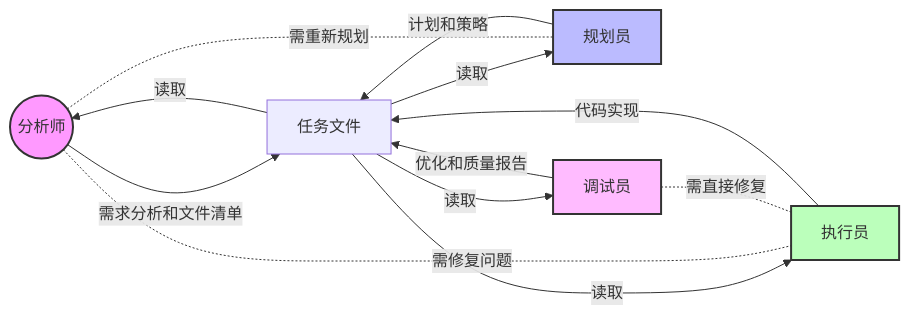
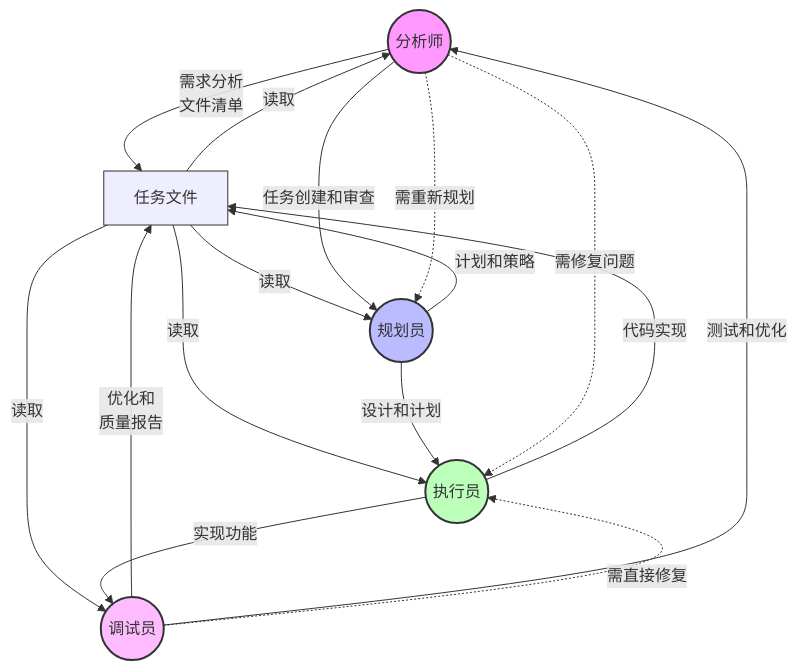
One commit to wanjochan/ai-coding changed the diagram in ai/tasker-v2.5.md. Above: the diagram before and after it, drawn with Mermaid.

Commit message:
improve diagram;

````diff
--- a/ai/tasker-v2.5.md
+++ b/ai/tasker-v2.5.md
@@ -429,21 +429,30 @@
 ```mermaid
-graph LR
+graph TB
+    %% 节点样式定义
     style A fill:#f9f,stroke:#333,stroke-width:2px
     style P fill:#bbf,stroke:#333,stroke-width:2px
     style E fill:#bfb,stroke:#333,stroke-width:2px
     style D fill:#fbf,stroke:#333,stroke-width:2px
+    style T fill:#eef,stroke:#333,stroke-width:1px
     
-    A((分析师)) --> |需求分析和文件清单| T[任务文件]
-    T --> |读取| P[规划员]
-    P --> |计划和策略| T
-    T --> |读取| E[执行员]
-    E --> |代码实现| T
-    T --> |读取| D[调试员]
-    D --> |优化和质量报告| T
-    T --> |读取| A
+    %% 主要角色节点
+    A((分析师)) -->|需求分析<br>文件清单| T[任务文件]
+    T -->|读取| P((规划员))
+    P -->|计划和策略| T
+    T -->|读取| E((执行员))
+    E -->|代码实现| T
+    T -->|读取| D((调试员))
+    D -->|优化和<br>质量报告| T
+    T -->|读取| A
+    
+    %% 环状连接
+    A -->|任务创建和审查| P
+    P -->|设计和计划| E
+    E -->|实现功能| D
+    D -->|测试和优化| A
     
     %% 返工路径
-    A -.- |需重新规划| P
-    A -.- |需修复问题| E
-    D -.- |需直接修复| E
+    A -.->|需重新规划| P
+    A -.->|需修复问题| E
+    D -.->|需直接修复| E
 ```
````
